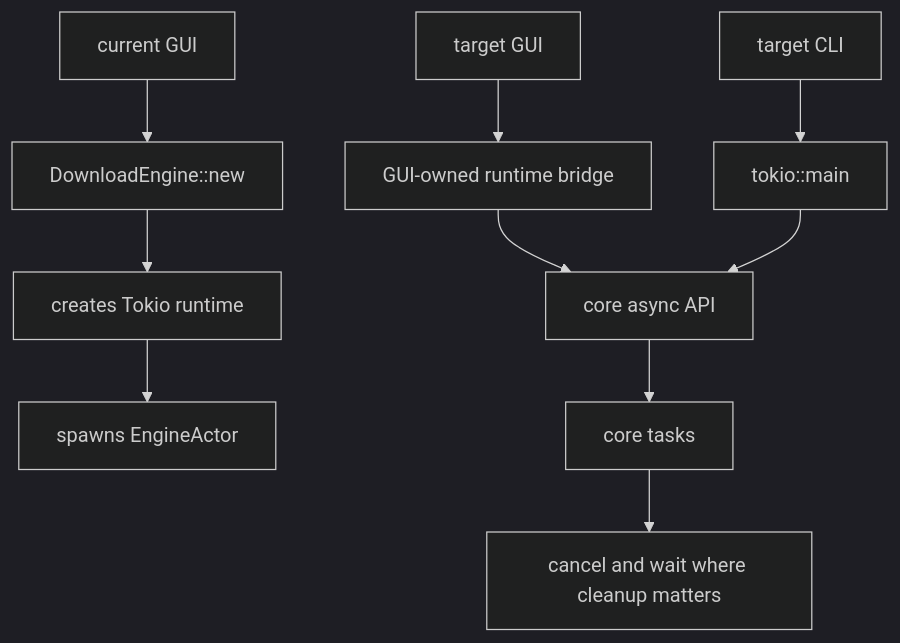
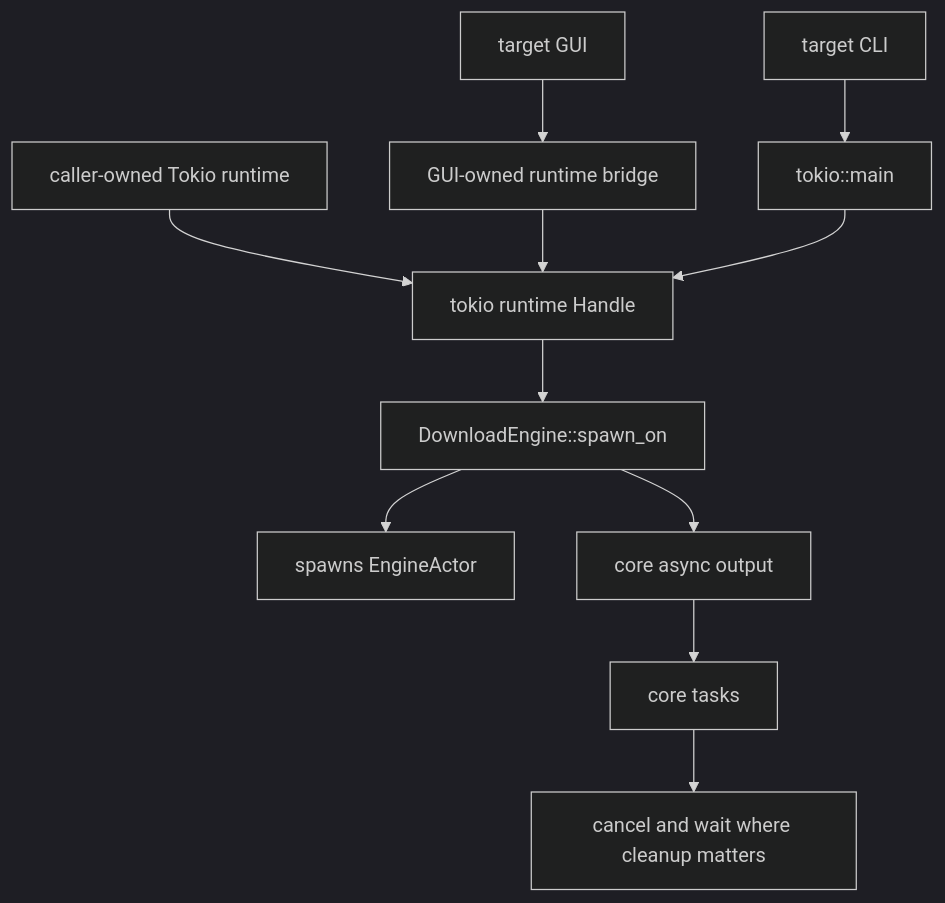
Before and after one commit to ophelianz/ophelia: the fifth of 9 diagrams in docs/core-diagrams.md, drawn with Mermaid (dark theme). The commit also changed 6 other files, not shown here.

Commit message:
refactor: externalize core runtime

````diff
--- a/docs/core-diagrams.md
+++ b/docs/core-diagrams.md
@@ -102,13 +102,14 @@
 ```mermaid
 flowchart TD
-  CurrentGui["current GUI"] --> CurrentEngine["DownloadEngine::new"]
-  CurrentEngine --> HiddenRuntime["creates Tokio runtime"]
-  HiddenRuntime --> CurrentActor["spawns EngineActor"]
+  CurrentCaller["caller-owned Tokio runtime"] --> Handle["tokio runtime Handle"]
+  Handle --> CurrentEngine["DownloadEngine::spawn_on"]
+  CurrentEngine --> CurrentActor["spawns EngineActor"]
 
   TargetGui["target GUI"] --> GuiRuntime["GUI-owned runtime bridge"]
   TargetCli["target CLI"] --> CliRuntime["tokio::main"]
-  GuiRuntime --> AsyncCore["core async API"]
-  CliRuntime --> AsyncCore
+  GuiRuntime --> Handle
+  CliRuntime --> Handle
+  CurrentEngine --> AsyncCore["core async output"]
   AsyncCore --> CoreTasks["core tasks"]
   CoreTasks --> Shutdown["cancel and wait where cleanup matters"]
 ```
````
